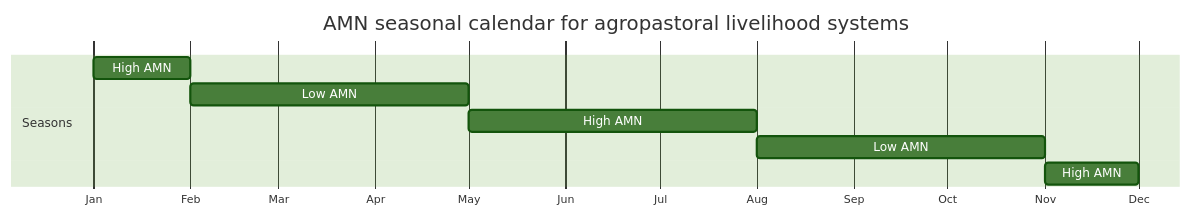
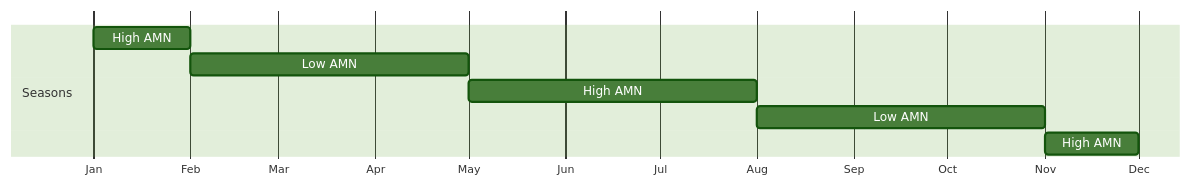
The fourth of 10 diagrams in report.qmd (nutimes/som-sam-admit), drawn with Mermaid (forest theme) before and after one commit. The commit also changed other lines of this file and 1 other file, not shown here.

````diff
--- a/report.qmd
+++ b/report.qmd
@@ -554,14 +561,14 @@
 ```{mermaid}
 %%| label: fig-amn-seasonal-calendar-agropastoral
+%%| fig-cap: AMN seasonal calendar for agropastoral livelihood systems
 gantt
-    title  AMN seasonal calendar for agropastoral livelihood systems
     dateFormat M
     axisFormat %b
     todayMarker off
     section Seasons
     High AMN :1, 2
     Low AMN :2, 5
     High AMN :5, 8
     Low AMN :8, 11
     High AMN : 11, 12
 ```
````
